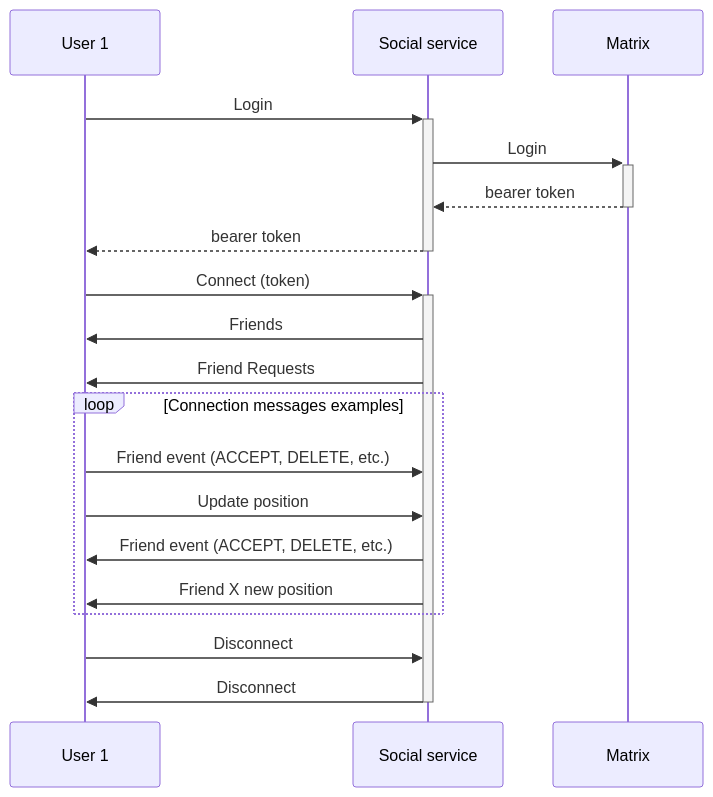
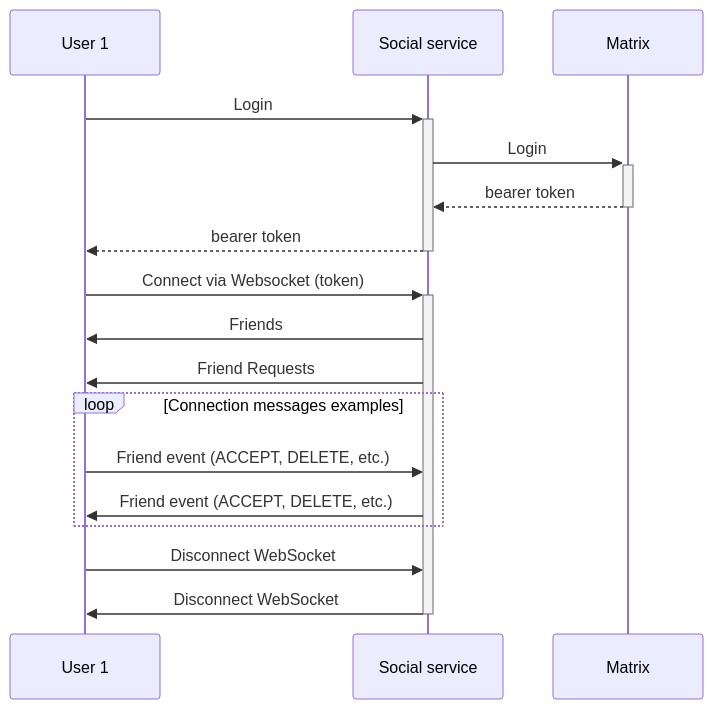
The second of 4 diagrams in content/ADR-189-social-service-M2.md (decentraland/adr), drawn with Mermaid before and after one commit. The commit also changed other lines of this file, not shown here.

````diff
--- a/content/ADR-189-social-service-M2.md
+++ b/content/ADR-189-social-service-M2.md
@@ -70,22 +70,20 @@
 ```mermaid
 sequenceDiagram
     participant User 1
     participant Social service
     participant Matrix
 
     User 1 ->>+ Social service: Login
     Social service ->>+ Matrix: Login
     Matrix -->>- Social service: bearer token
     Social service -->>- User 1: bearer token
-    User 1 ->>+ Social service: Connect (token)
+    User 1 ->>+ Social service: Connect via Websocket (token)
     Social service ->> User 1: Friends
     Social service ->> User 1: Friend Requests
     loop  Connection messages examples
     User 1 ->> Social service: Friend event (ACCEPT, DELETE, etc.)
-    User 1 ->> Social service: Update position
     Social service ->> User 1: Friend event (ACCEPT, DELETE, etc.)
-    Social service ->> User 1: Friend X new position
     end
-    User 1 ->> Social service: Disconnect
-    Social service ->>- User 1: Disconnect
+    User 1 ->> Social service: Disconnect WebSocket
+    Social service ->>- User 1: Disconnect WebSocket
 ```
````
